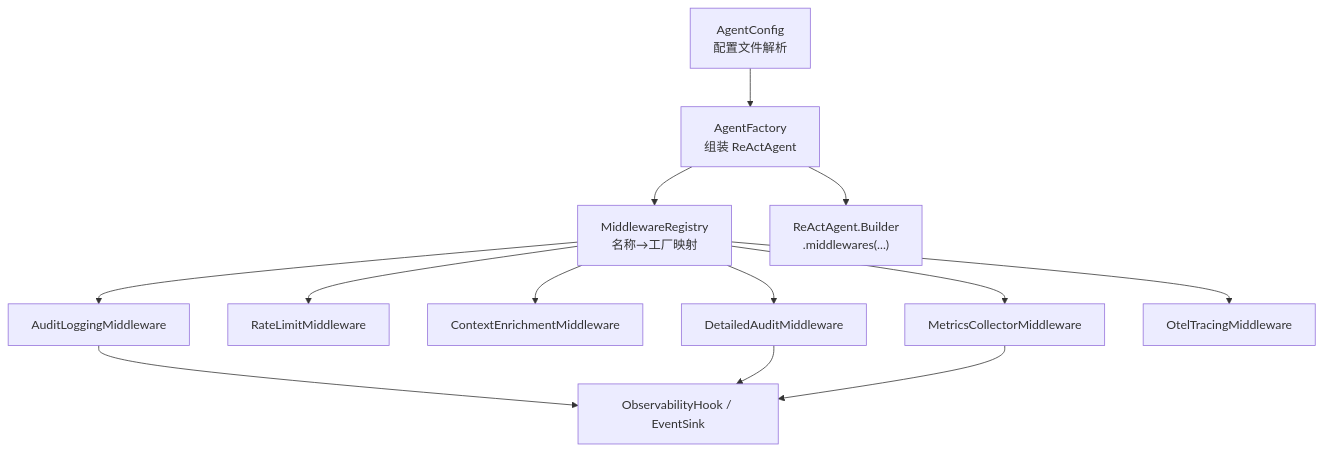
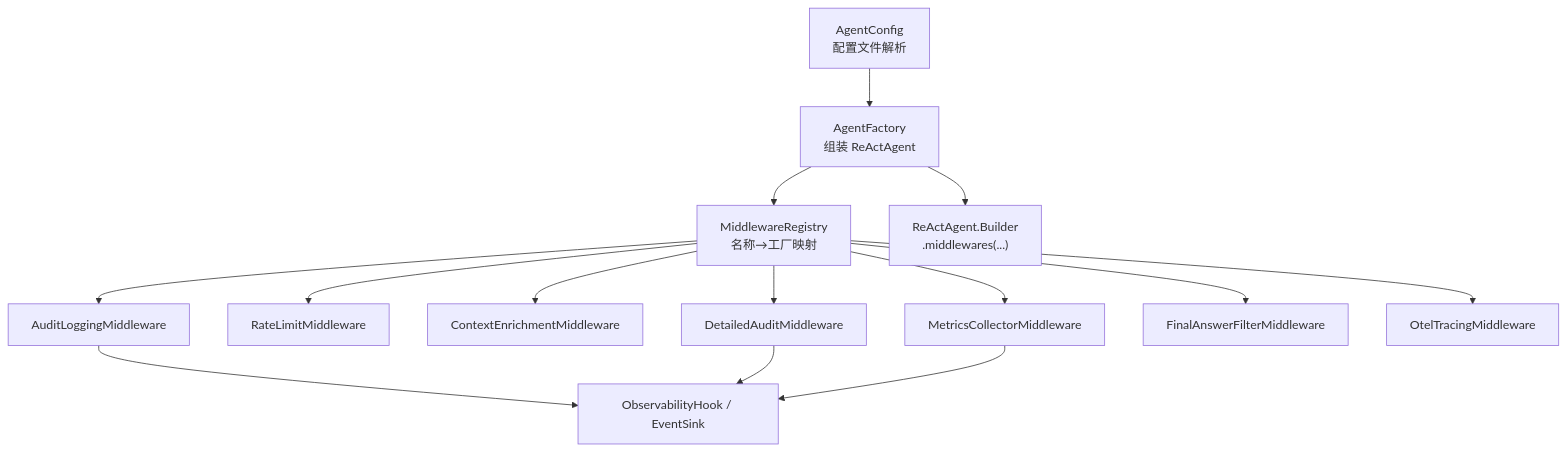
Before and after one commit to tinyhu/agentscope-demo: the first of 5 diagrams in .qoder/repowiki/zh/content/项目概览/核心特性介绍/企业级特性/中间件架构.md, drawn with Mermaid. The commit also changed other lines of this file and 111 other files, not shown here.

````diff
--- a/.qoder/repowiki/zh/content/项目概览/核心特性介绍/企业级特性/中间件架构.md
+++ b/.qoder/repowiki/zh/content/项目概览/核心特性介绍/企业级特性/中间件架构.md
@@ -35,15 +44,16 @@
 ```mermaid
 graph TB
-  AC["AgentConfig<br/>配置文件解析"] --> AF["AgentFactory<br/>组装 ReActAgent"]
-  AF --> MR["MiddlewareRegistry<br/>名称→工厂映射"]
-  AF --> AG["ReActAgent.Builder<br/>.middlewares(...)"]
-  MR --> M1["AuditLoggingMiddleware"]
-  MR --> M2["RateLimitMiddleware"]
-  MR --> M3["ContextEnrichmentMiddleware"]
-  MR --> M4["DetailedAuditMiddleware"]
-  MR --> M5["MetricsCollectorMiddleware"]
-  MR --> M6["OtelTracingMiddleware"]
-  M1 --> OH["ObservabilityHook / EventSink"]
-  M4 --> OH
-  M5 --> OH
+AC["AgentConfig<br/>配置文件解析"] --> AF["AgentFactory<br/>组装 ReActAgent"]
+AF --> MR["MiddlewareRegistry<br/>名称→工厂映射"]
+AF --> AG["ReActAgent.Builder<br/>.middlewares(...)"]
+MR --> M1["AuditLoggingMiddleware"]
+MR --> M2["RateLimitMiddleware"]
+MR --> M3["ContextEnrichmentMiddleware"]
+MR --> M4["DetailedAuditMiddleware"]
+MR --> M5["MetricsCollectorMiddleware"]
+MR --> M6["FinalAnswerFilterMiddleware"]
+MR --> M7["OtelTracingMiddleware"]
+M1 --> OH["ObservabilityHook / EventSink"]
+M4 --> OH
+M5 --> OH
 ```
````
